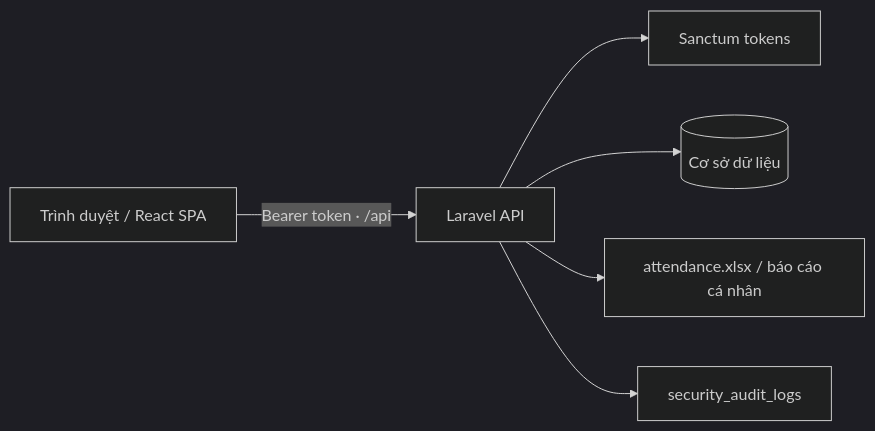
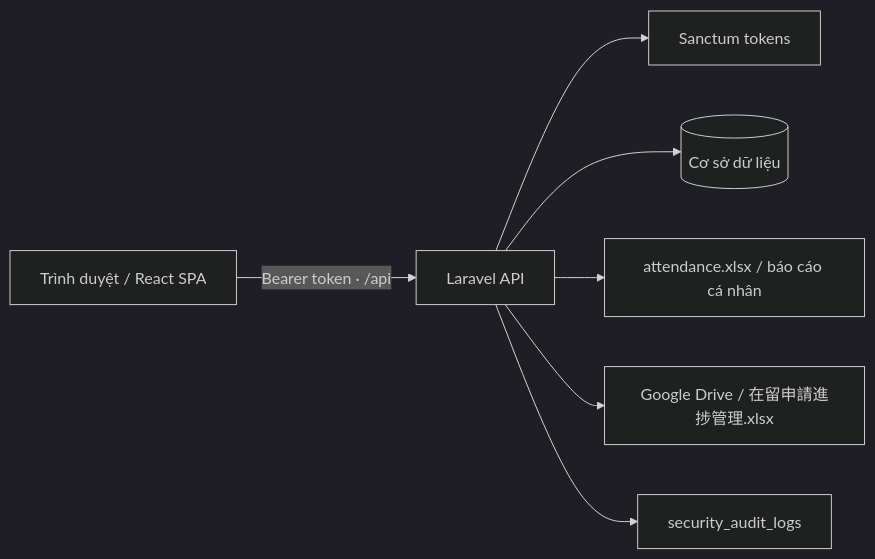
The diagram in docs/ARCHITECTURE.md (HieuNghiaDev/DEMO-WEB), drawn with Mermaid (dark theme) before and after one commit. The commit also changed other lines of this file and 38 other files, not shown here.

````diff
--- a/docs/ARCHITECTURE.md
+++ b/docs/ARCHITECTURE.md
@@ -5,8 +5,9 @@
 ```mermaid
 flowchart LR
     Browser["Trình duyệt / React SPA"] -->|"Bearer token · /api"| Laravel["Laravel API"]
     Laravel --> Sanctum["Sanctum tokens"]
     Laravel --> DB[("Cơ sở dữ liệu")]
     Laravel --> Excel["attendance.xlsx / báo cáo cá nhân"]
+    Laravel --> Drive["Google Drive / 在留申請進捗管理.xlsx"]
     Laravel --> Audit["security_audit_logs"]
 ```
````
